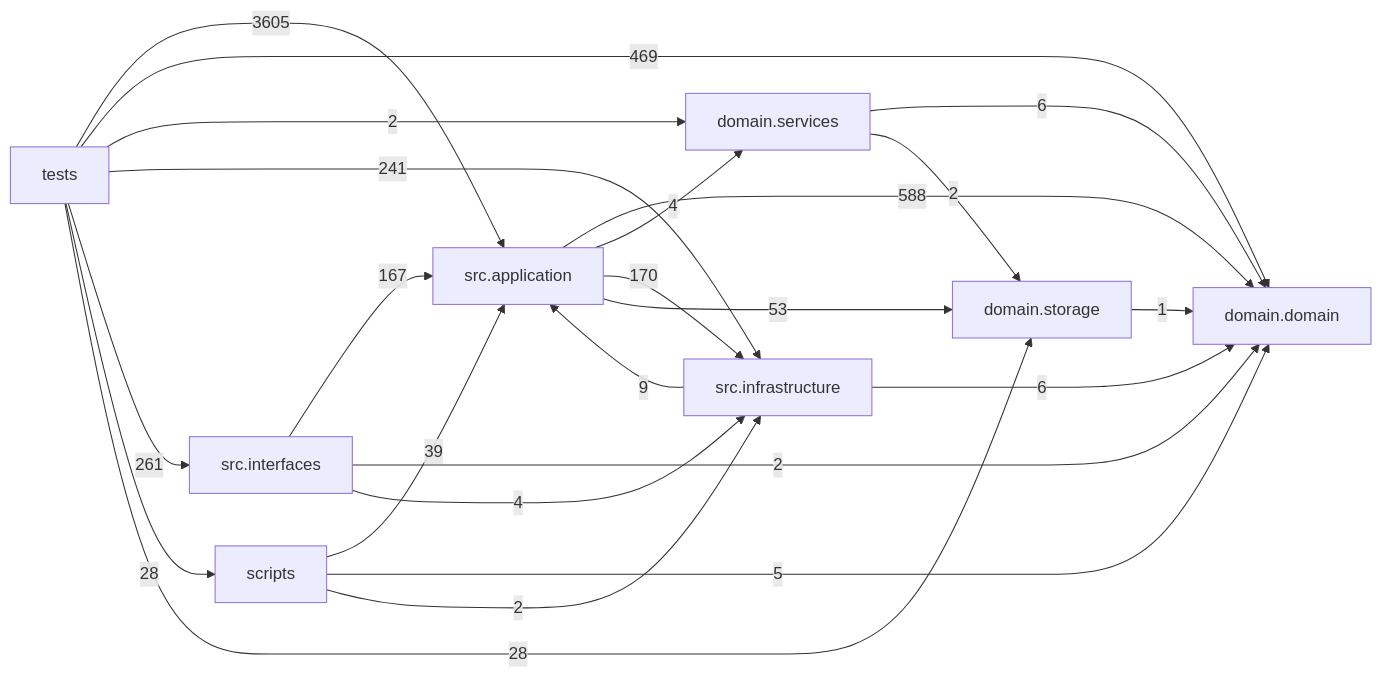
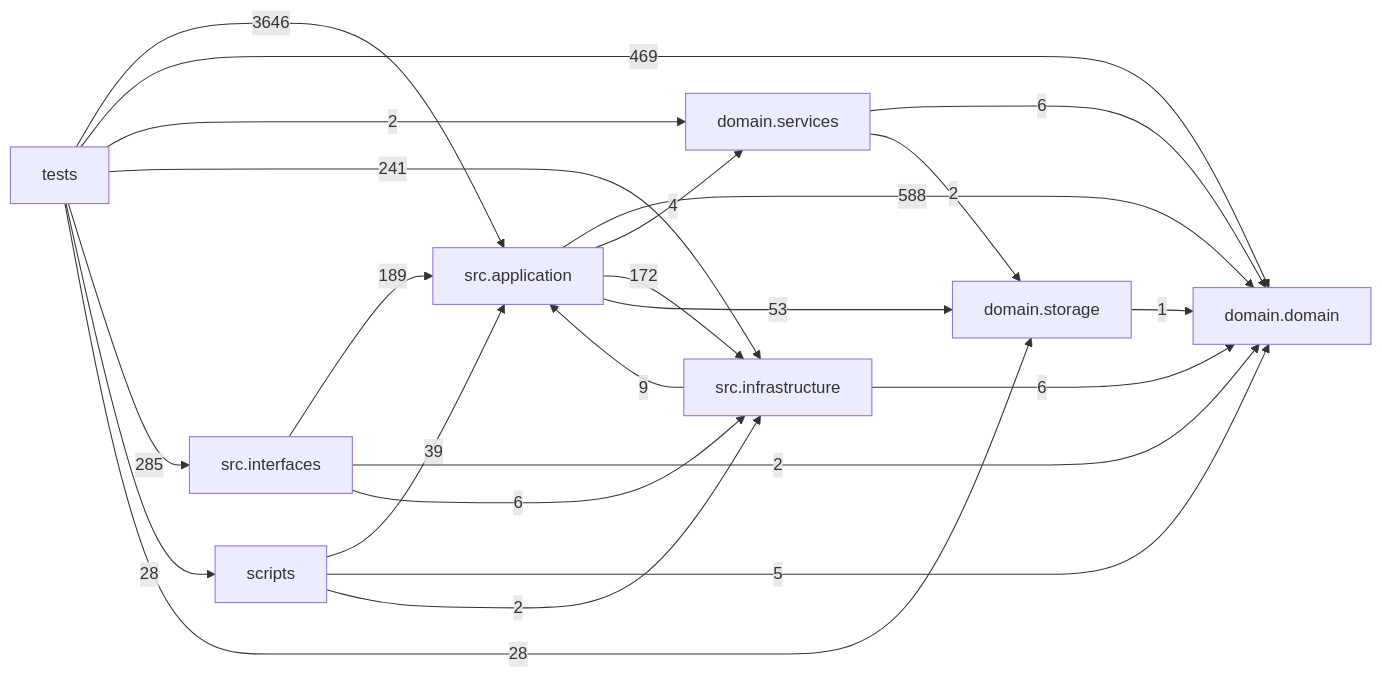
One commit to liuxie066/options-monitor changed the diagram in docs/DEPENDENCY_GRAPH.md. Above: the diagram before and after it, drawn with Mermaid. The commit also changed other lines of this file and 20 other files, not shown here.

````diff
--- a/docs/DEPENDENCY_GRAPH.md
+++ b/docs/DEPENDENCY_GRAPH.md
@@ -24,33 +24,33 @@
 ```mermaid
 flowchart LR
   tests["tests"]
   scripts["scripts"]
   interfaces["src.interfaces"]
   application["src.application"]
   infrastructure["src.infrastructure"]
   domain_services["domain.services"]
   domain["domain.domain"]
   storage["domain.storage"]
   application -->|588| domain
   application -->|4| domain_services
-  application -->|170| infrastructure
+  application -->|172| infrastructure
   application -->|53| storage
   domain_services -->|6| domain
   domain_services -->|2| storage
   infrastructure -->|9| application
   infrastructure -->|6| domain
-  interfaces -->|167| application
+  interfaces -->|189| application
   interfaces -->|2| domain
-  interfaces -->|4| infrastructure
+  interfaces -->|6| infrastructure
   scripts -->|39| application
   scripts -->|5| domain
   scripts -->|2| infrastructure
   storage -->|1| domain
-  tests -->|3605| application
+  tests -->|3646| application
   tests -->|469| domain
   tests -->|2| domain_services
   tests -->|241| infrastructure
-  tests -->|261| interfaces
+  tests -->|285| interfaces
   tests -->|28| scripts
   tests -->|28| storage
 ```
````
